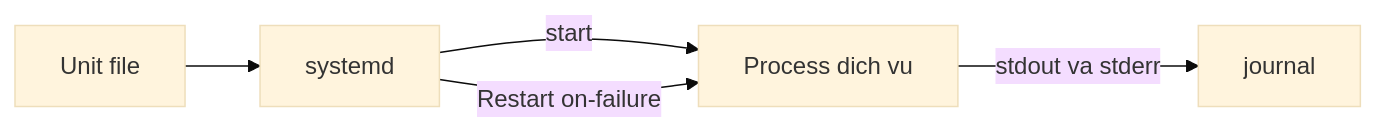
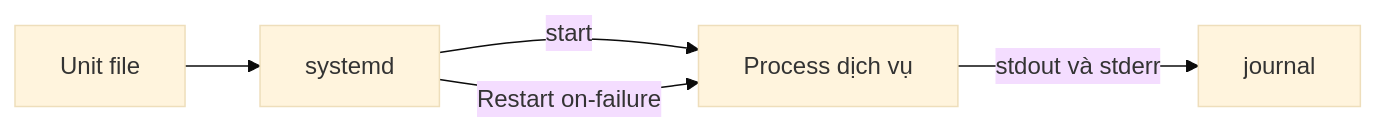
The second of 2 diagrams in slides/01-foundation/session-04.md (TienNHM/devops-course), drawn with Mermaid (base theme) before and after one commit. The commit also changed other lines of this file and 266 other files, not shown here.

````diff
--- a/slides/01-foundation/session-04.md
+++ b/slides/01-foundation/session-04.md
@@ -123,7 +90,7 @@
 ```mermaid
 flowchart LR
     U["Unit file"] --> S["systemd"]
-    S -->|"start"| P["Process dich vu"]
-    P -->|"stdout va stderr"| J["journal"]
+    S -->|"start"| P["Process dịch vụ"]
+    P -->|"stdout và stderr"| J["journal"]
     S -->|"Restart on-failure"| P
 ```
````
